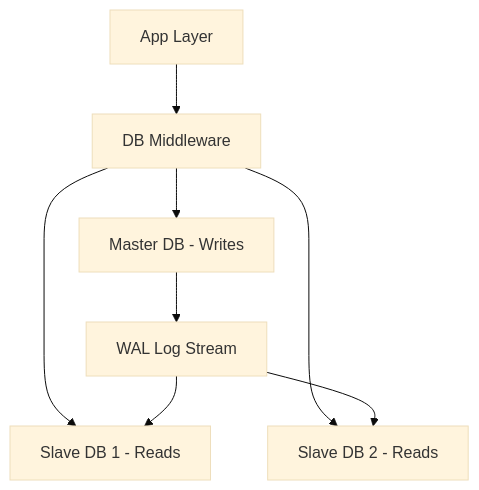
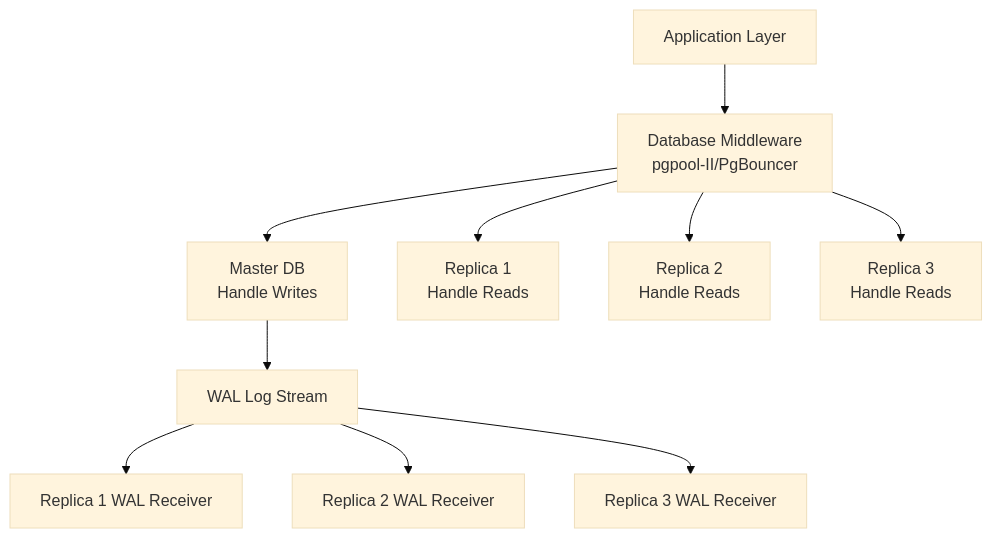
The sixth of 8 diagrams in articles/en/high-concurrency-system-architecture-guide.mdx (zhangshichuan/maxzhang.site), drawn with Mermaid (base theme) before and after one commit. The commit also changed other lines of this file and 1 other file, not shown here.

Commit message:
docs:  重写 high-concurrency-system-architecture-guide

````diff
--- a/articles/en/high-concurrency-system-architecture-guide.mdx
+++ b/articles/en/high-concurrency-system-architecture-guide.mdx
@@ -774,9 +1661,13 @@
 ```mermaid
 flowchart TD
-    A[App Layer] --> B[DB Middleware]
-    B --> C[Master DB - Writes]
-    B --> D[Slave DB 1 - Reads]
-    B --> E[Slave DB 2 - Reads]
+    A[Application Layer] --> B[Database Middleware<br/>pgpool-II/PgBouncer]
+    B --> C[Master DB<br/>Handle Writes]
+    B --> D[Replica 1<br/>Handle Reads]
+    B --> E[Replica 2<br/>Handle Reads]
+    B --> F[Replica 3<br/>Handle Reads]
+
     C --> G[WAL Log Stream]
-    G --> D & E
+    G --> H[Replica 1 WAL Receiver]
+    G --> I[Replica 2 WAL Receiver]
+    G --> J[Replica 3 WAL Receiver]
 ```
````
